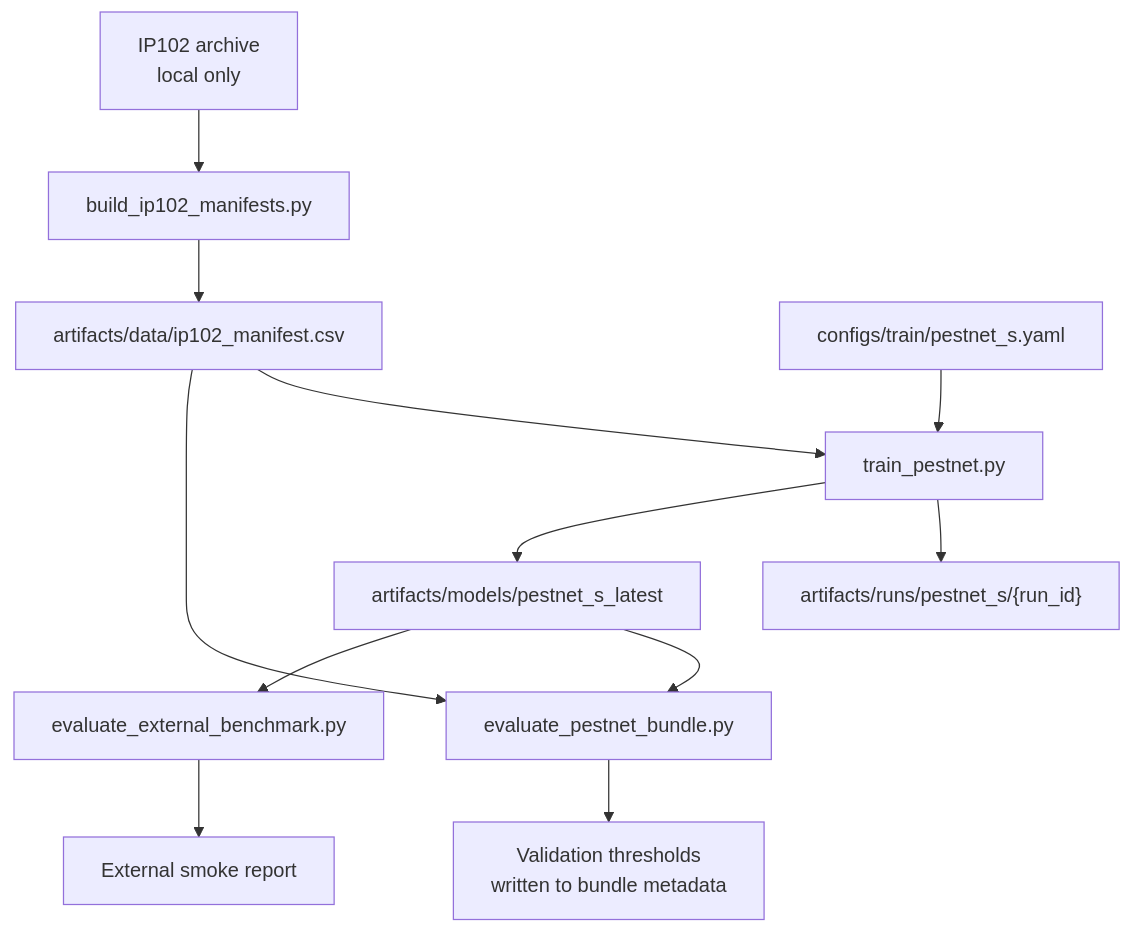
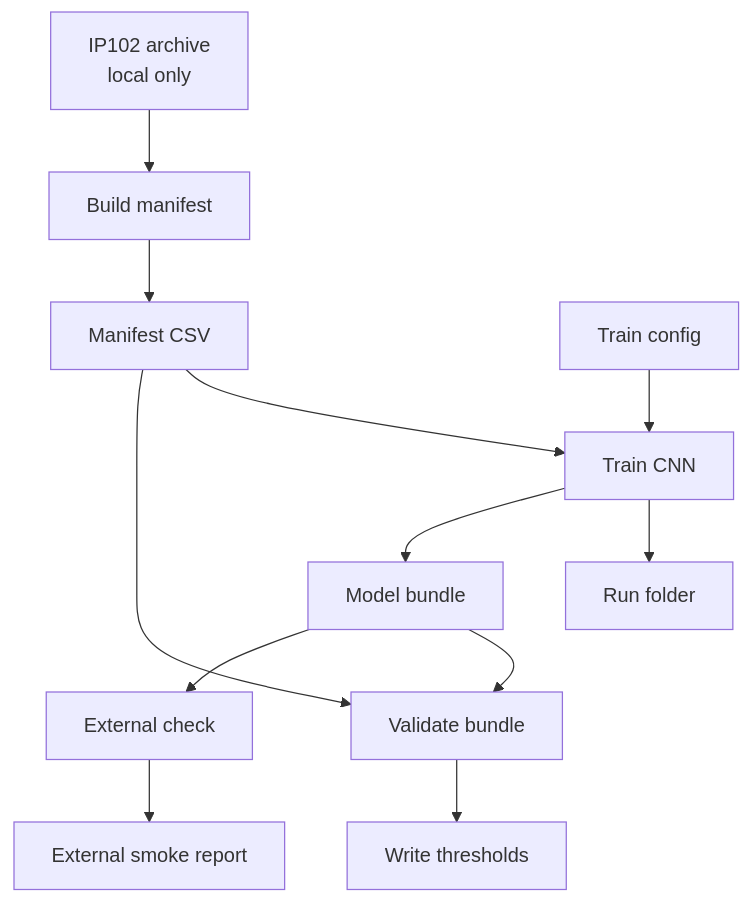
One commit to elite3012/AI-Object-Detection-Continual-Learning changed the fourth of 5 diagrams in DESIGN_REPORT_IP102.md. Above: the diagram before and after it, drawn with Mermaid. The commit also changed other lines of this file, not shown here.

Commit message:
docs: shorten mermaid diagram labels

````diff
--- a/DESIGN_REPORT_IP102.md
+++ b/DESIGN_REPORT_IP102.md
@@ -153,14 +153,14 @@
 ```mermaid
 flowchart TD
-    raw["IP102 archive<br/>local only"] --> manifest["build_ip102_manifests.py"]
-    manifest --> csv["artifacts/data/ip102_manifest.csv"]
-    csv --> train["train_pestnet.py"]
-    config["configs/train/pestnet_s.yaml"] --> train
-    train --> run["artifacts/runs/pestnet_s/{run_id}"]
-    train --> bundle["artifacts/models/pestnet_s_latest"]
-    bundle --> eval["evaluate_pestnet_bundle.py"]
+    raw["IP102 archive<br/>local only"] --> manifest["Build manifest"]
+    manifest --> csv["Manifest CSV"]
+    csv --> train["Train CNN"]
+    config["Train config"] --> train
+    train --> run["Run folder"]
+    train --> bundle["Model bundle"]
+    bundle --> eval["Validate bundle"]
     csv --> eval
-    eval --> thresholds["Validation thresholds<br/>written to bundle metadata"]
-    bundle --> external["evaluate_external_benchmark.py"]
+    eval --> thresholds["Write thresholds"]
+    bundle --> external["External check"]
     external --> report["External smoke report"]
 ```
````
